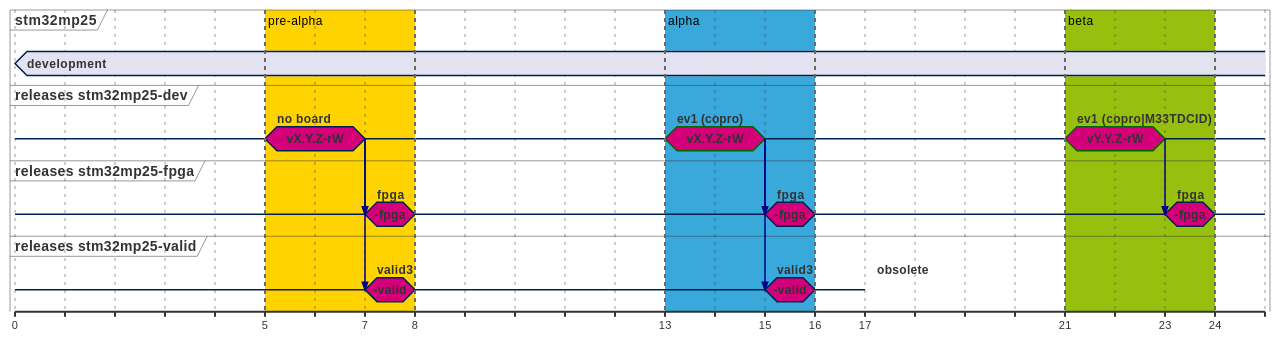
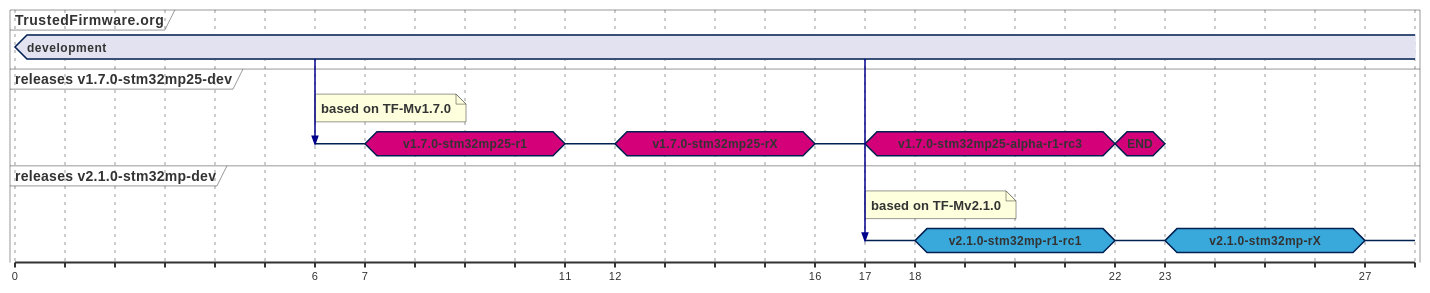
Before and after one commit to STMicroelectronics/trusted-firmware-m: the diagram in docs/stm/releases/index.rst, drawn with PlantUML. The commit also changed other lines of this file, not shown here.

Commit message:
docs: stm: update branch plan for v2.1.0
Update branch plan for v2.1.0.

```diff
--- a/docs/stm/releases/index.rst
+++ b/docs/stm/releases/index.rst
@@ -17,48 +17,34 @@
 .. uml::
 
     @startuml
-    concise "stm32mp25" as main
-    concise "releases stm32mp25-dev" as dev
-    concise "releases stm32mp25-fpga" as fpga
-    concise "releases stm32mp25-valid" as valid
+    concise "TrustedFirmware.org" as main
+    concise "releases v1.7.0-stm32mp25-dev" as stm_v1.7.0
+    concise "releases v2.1.0-stm32mp-dev" as stm_v2.1.0
 
     @main
         0 is development #line:002052
 
-    @dev
-        0 is {-} #line:002052
-        +5 is "vX.Y.Z-rW" #D4007A;line:002052 : no board
-        +2 is {-} #line:002052
-        dev -> valid
-        dev -> fpga
-        +6 is "vX.Y.Z-rW" #D4007A : ev1 (copro)
-        +2 is {-} #line:002052
-        dev -> valid
-        dev -> fpga
-        +6 is "vY.Y.Z-rW" #D4007A: ev1 (copro|M33TDCID)
-        +2 is {-} #line:002052
-        dev -> fpga
+    @stm_v1.7.0
+        0 is {hidden}
+        +6 is {-} #line:002052
+        main -> stm_v1.7.0
+        note top of stm_v1.7.0: based on TF-Mv1.7.0
+        +1 is "v1.7.0-stm32mp25-r1" #D4007A;line:002052
+        +4 is {-} #line:002052
+        +1 is "v1.7.0-stm32mp25-rX" #D4007A;line:002052
+        +4 is {-} #line:002052
+        +1 is "v1.7.0-stm32mp25-alpha-r1-rc3" #D4007A;line:002052
+        +5 is "END" #D4007A;line:002052
+        +1 is {hidden}
 
-    @fpga
-        0 is {-} #line:002052
-        +7 is "-fpga" #D4007A;line:002052 : fpga
-        +1 is {-} #line:002052
-        +7 is "-fpga" #D4007A;line:002052 : fpga
-        +1 is {-} #line:002052
-        +7 is "-fpga" #D4007A;line:002052 : fpga
-        +1 is {-} #line:002052
-
-   @valid
-        0 is {-} #line:002052
-        +7 is "-valid" #D4007A;line:002052 : valid3
-        +1 is {-} #line:002052
-        +7 is "-valid"   #D4007A;line:002052 : valid3
-        +1 is {-} #line:002052
-        17 is {hidden} : obsolete
-
-
-    highlight 5 to 8 #FFD300;line:DimGrey : pre-alpha
-    highlight 13 to 16 #39A9DC;line:DimGrey : alpha
-    highlight 21 to 24 #97C00E;line:DimGrey : beta
+    @stm_v2.1.0
+        0 is {hidden}
+        +17 is {-} #line:002052
+        main -> stm_v2.1.0
+        note top of stm_v2.1.0: based on TF-Mv2.1.0
+        +1 is "v2.1.0-stm32mp-r1-rc1" #39A9DC;line:002052
+        +4 is {-} #line:002052
+        +1 is "v2.1.0-stm32mp-rX" #39A9DC;line:002052
+        +4 is {-} #line:002052
 
     @enduml
```
